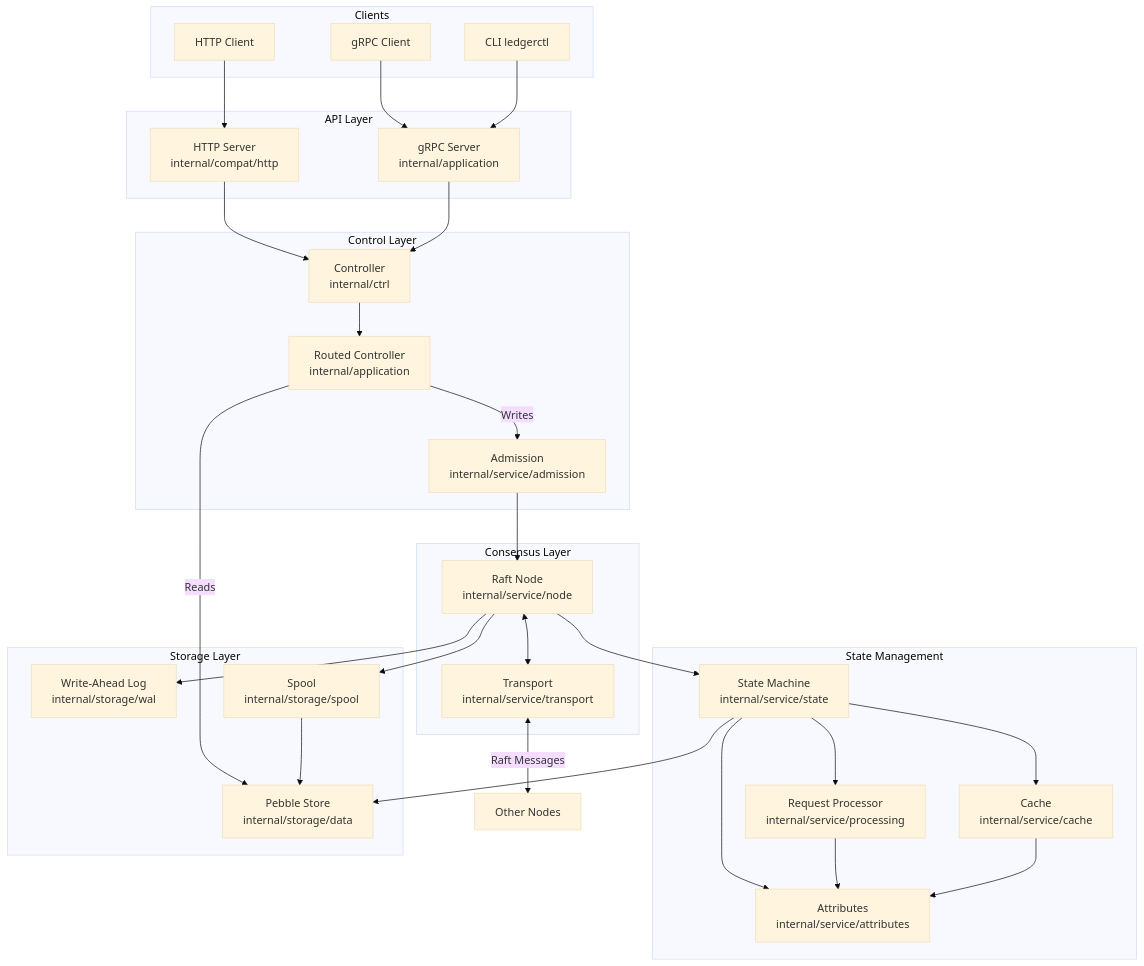
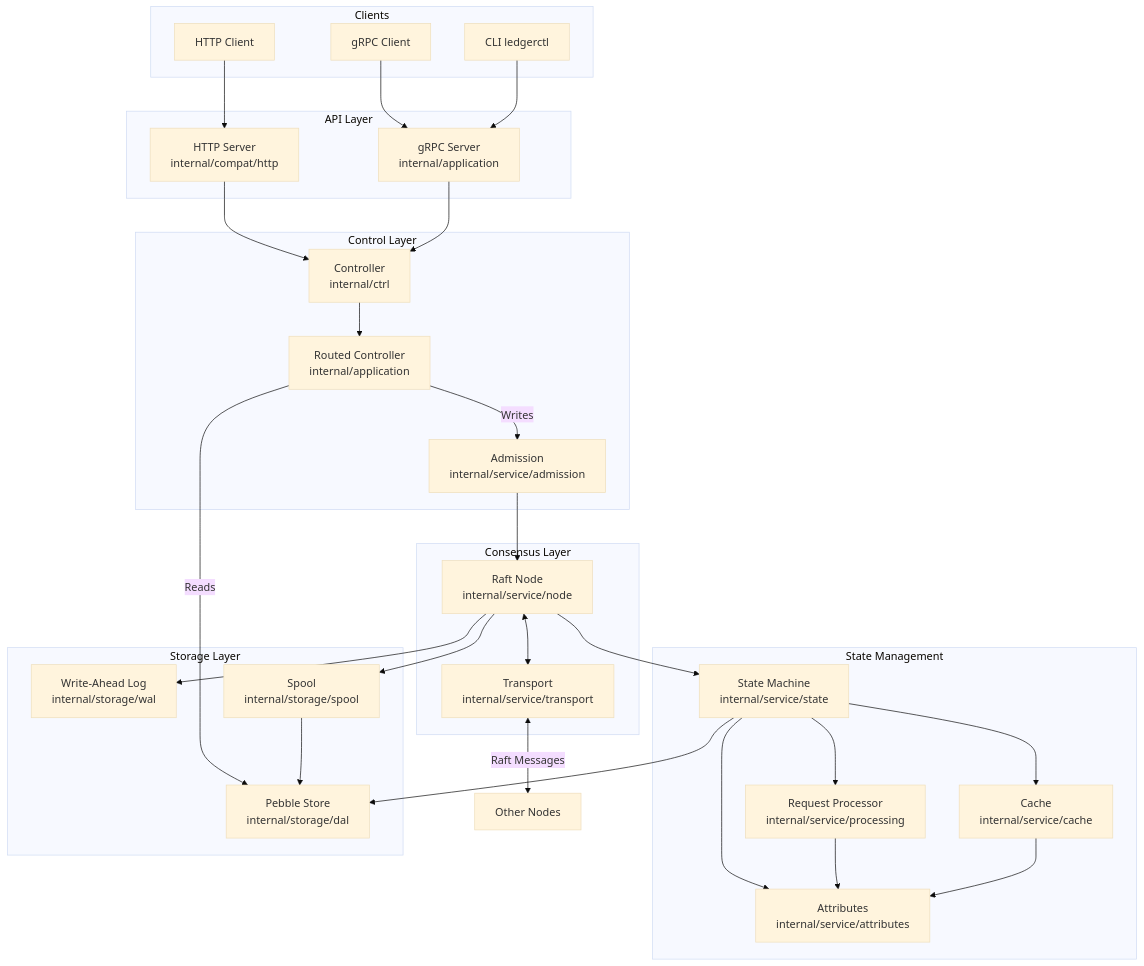
The first of 6 diagrams in docs/dev/architecture/overview.md (formancehq/ledger), drawn with Mermaid (base theme) before and after one commit. The commit also changed other lines of this file and 14 other files, not shown here.

````diff
--- a/docs/dev/architecture/overview.md
+++ b/docs/dev/architecture/overview.md
@@ -9,66 +9,66 @@
 ```mermaid
 flowchart TB
     subgraph Clients
         HTTP[HTTP Client]
         GRPC[gRPC Client]
         CLI[CLI ledgerctl]
     end
 
     subgraph API["API Layer"]
         HTTPServer[HTTP Server<br/>internal/compat/http]
         GRPCServer[gRPC Server<br/>internal/application]
     end
 
     subgraph Control["Control Layer"]
         Controller[Controller<br/>internal/ctrl]
         RoutedCtrl[Routed Controller<br/>internal/application]
         Admission[Admission<br/>internal/service/admission]
     end
 
     subgraph Consensus["Consensus Layer"]
         Node[Raft Node<br/>internal/service/node]
         Transport[Transport<br/>internal/service/transport]
     end
 
     subgraph State["State Management"]
         FSM[State Machine<br/>internal/service/state]
         Processing[Request Processor<br/>internal/service/processing]
         Cache[Cache<br/>internal/service/cache]
         Attributes[Attributes<br/>internal/service/attributes]
     end
 
     subgraph Storage["Storage Layer"]
-        Store[Pebble Store<br/>internal/storage/data]
+        Store[Pebble Store<br/>internal/storage/dal]
         WAL[Write-Ahead Log<br/>internal/storage/wal]
         Spool[Spool<br/>internal/storage/spool]
     end
 
     HTTP --> HTTPServer
     GRPC --> GRPCServer
     CLI --> GRPCServer
 
     HTTPServer --> Controller
     GRPCServer --> Controller
 
     Controller --> RoutedCtrl
     RoutedCtrl -->|Writes| Admission
     RoutedCtrl -->|Reads| Store
 
     Admission --> Node
     Node <--> Transport
     Transport <-->|Raft Messages| OtherNodes[Other Nodes]
 
     Node --> FSM
     FSM --> Processing
     FSM --> Cache
     FSM --> Attributes
     FSM --> Store
 
     Processing --> Attributes
 
     Node --> WAL
     Node --> Spool
     Spool --> Store
 
     Cache --> Attributes
 ```
````
